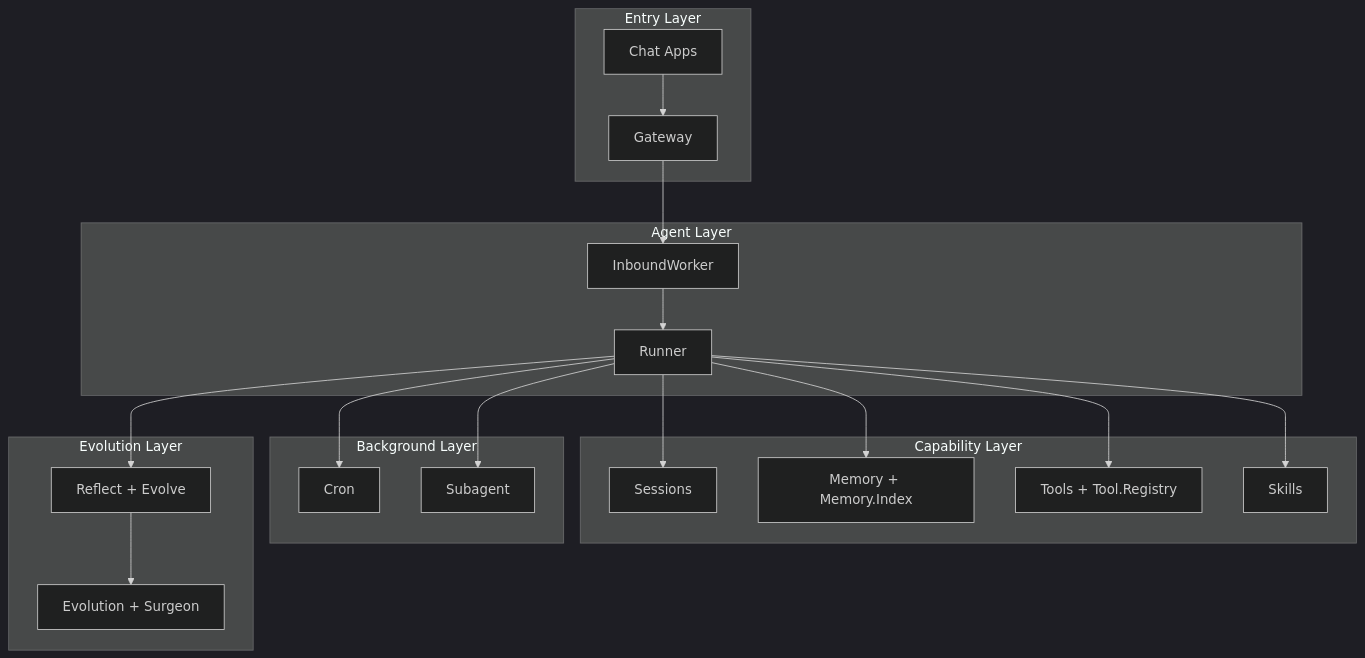
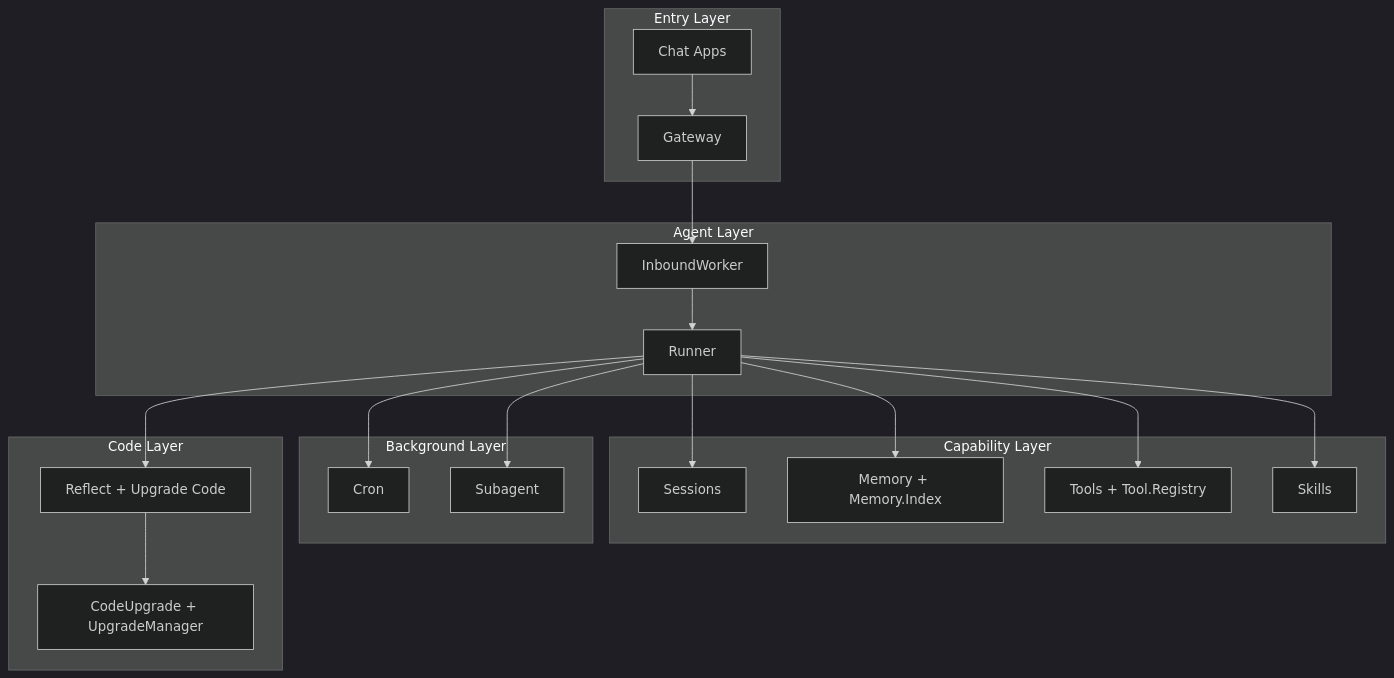
One commit to gofenix/nex-agent changed the third of 3 diagrams in README.md. Above: the diagram before and after it, drawn with Mermaid (dark theme). The commit also changed other lines of this file and 20 other files, not shown here.

Commit message:
Align evolution model to six-layer architecture

````diff
--- a/README.md
+++ b/README.md
@@ -425,38 +440,38 @@
 ```mermaid
 flowchart TB
     subgraph L1["Entry Layer"]
         A["Chat Apps"]
         B["Gateway"]
     end
 
     subgraph L2["Agent Layer"]
         C["InboundWorker"]
         D["Runner"]
     end
 
     subgraph L3["Capability Layer"]
         E["Sessions"]
         F["Memory + Memory.Index"]
         G["Tools + Tool.Registry"]
         H["Skills"]
     end
 
     subgraph L4["Background Layer"]
         I["Cron"]
         J["Subagent"]
     end
 
-    subgraph L5["Evolution Layer"]
-        K["Reflect + Evolve"]
-        L["Evolution + Surgeon"]
+    subgraph L5["Code Layer"]
+        K["Reflect + Upgrade Code"]
+        L["CodeUpgrade + UpgradeManager"]
     end
 
     A --> B --> C --> D
     D --> E
     D --> F
     D --> G
     D --> H
     D --> I
     D --> J
     D --> K --> L
 ```
````
